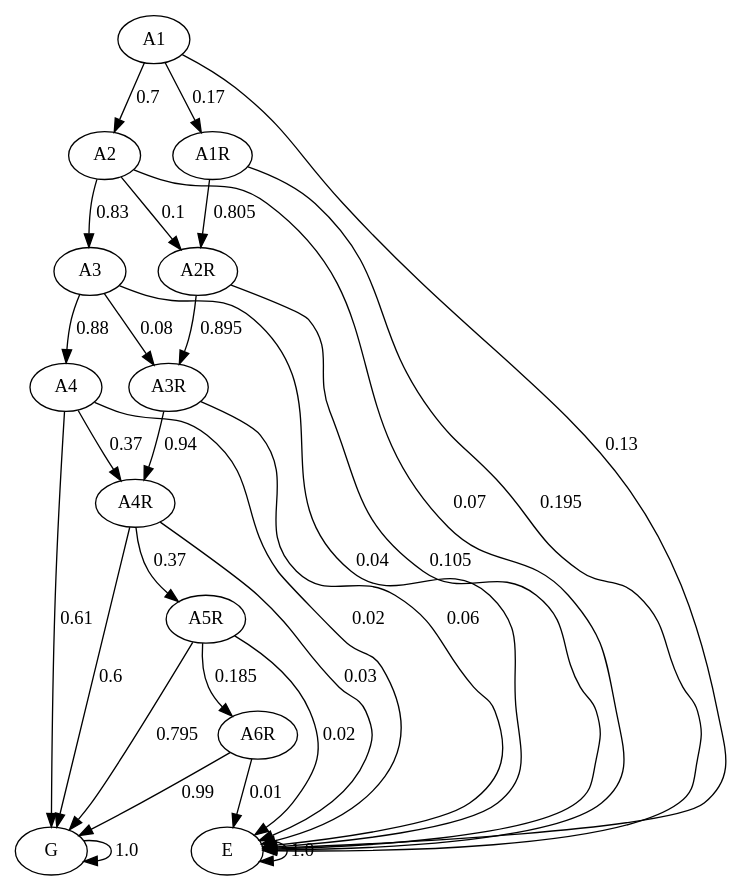
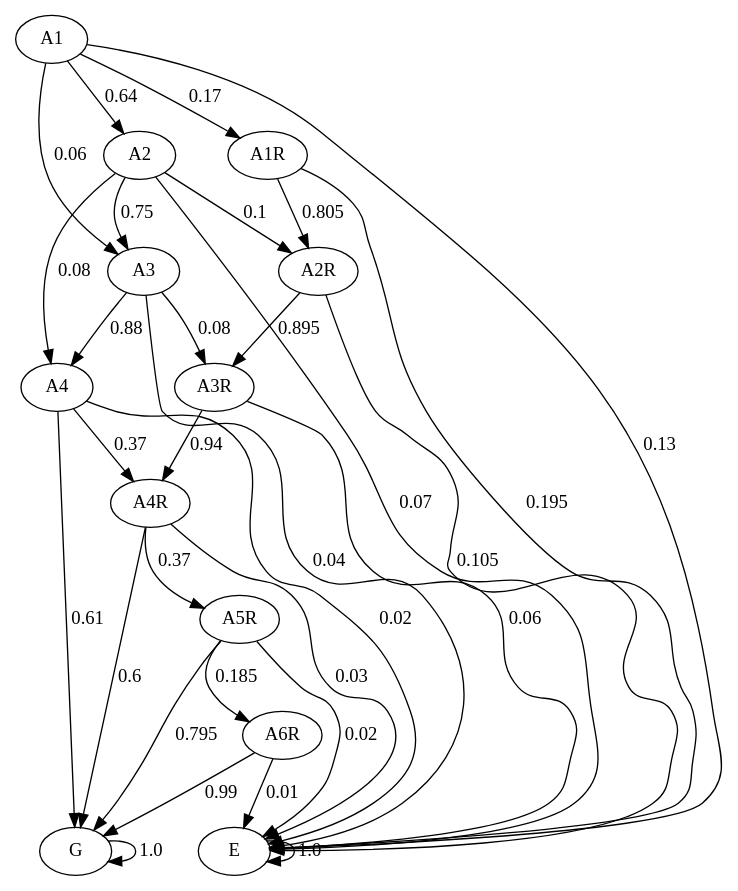
One commit to JulianaFerreira/educacao changed the diagram in graph/markov.dot. Above: the diagram before and after it, drawn with Graphviz. The commit also changed 8 other files, not shown here.

```diff
--- a/graph/markov.dot
+++ b/graph/markov.dot
@@ -1,42 +1,44 @@
 digraph  {
 A1;
 A2;
 A3;
 A4;
 A1R;
 A2R;
 A3R;
 A4R;
 A5R;
 A6R;
 G;
 E;
-A1 -> A2  [key=0, label="0.7", weight="0.7"];
+A1 -> A2  [key=0, label="0.64", weight="0.64"];
+A1 -> A3  [key=0, label="0.06", weight="0.06"];
 A1 -> A1R  [key=0, label="0.17", weight="0.17"];
 A1 -> E  [key=0, label="0.13", weight="0.13"];
-A2 -> A3  [key=0, label="0.83", weight="0.83"];
+A2 -> A3  [key=0, label="0.75", weight="0.75"];
+A2 -> A4  [key=0, label="0.08", weight="0.08"];
 A2 -> A2R  [key=0, label="0.1", weight="0.1"];
 A2 -> E  [key=0, label="0.07", weight="0.07"];
 A3 -> A4  [key=0, label="0.88", weight="0.88"];
 A3 -> A3R  [key=0, label="0.08", weight="0.08"];
 A3 -> E  [key=0, label="0.04", weight="0.04"];
 A4 -> A4R  [key=0, label="0.37", weight="0.37"];
 A4 -> G  [key=0, label="0.61", weight="0.61"];
 A4 -> E  [key=0, label="0.02", weight="0.02"];
 A1R -> A2R  [key=0, label="0.805", weight="0.805"];
 A1R -> E  [key=0, label="0.195", weight="0.195"];
 A2R -> A3R  [key=0, label="0.895", weight="0.895"];
 A2R -> E  [key=0, label="0.105", weight="0.105"];
 A3R -> A4R  [key=0, label="0.94", weight="0.94"];
 A3R -> E  [key=0, label="0.06", weight="0.06"];
 A4R -> A5R  [key=0, label="0.37", weight="0.37"];
 A4R -> G  [key=0, label="0.6", weight="0.6"];
 A4R -> E  [key=0, label="0.03", weight="0.03"];
 A5R -> A6R  [key=0, label="0.185", weight="0.185"];
 A5R -> G  [key=0, label="0.795", weight="0.795"];
 A5R -> E  [key=0, label="0.02", weight="0.02"];
 A6R -> G  [key=0, label="0.99", weight="0.99"];
 A6R -> E  [key=0, label="0.01", weight="0.01"];
 G -> G  [key=0, label="1.0", weight="1.0"];
 E -> E  [key=0, label="1.0", weight="1.0"];
 }
```
